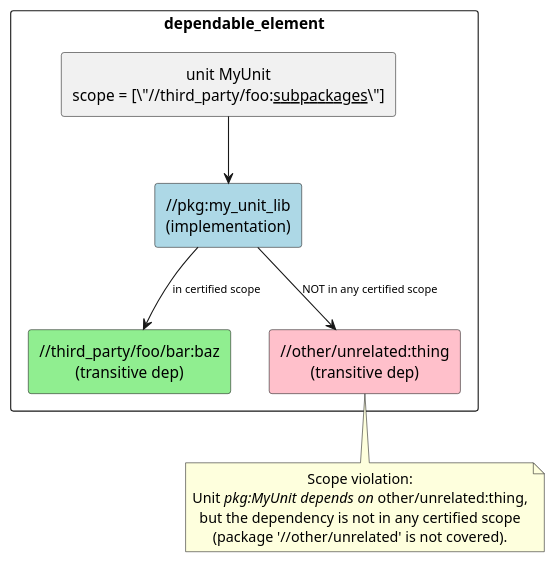
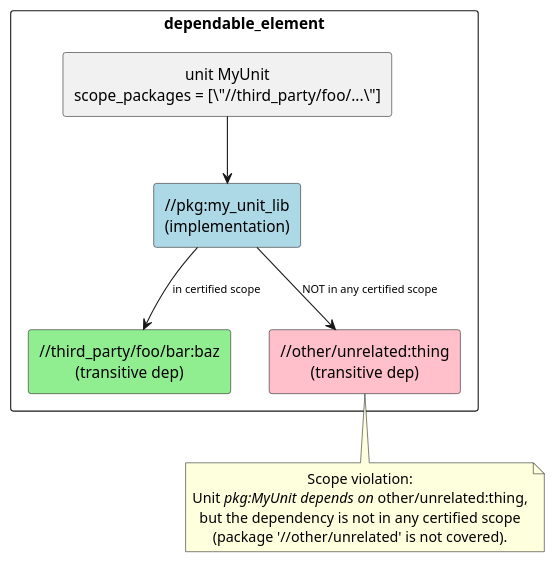
Before and after one commit to eclipse-score/tooling: the diagram in bazel/rules/rules_score/docs/_assets/scope_check.puml, drawn with PlantUML. The commit also changed 17 other files, not shown here.

```diff
--- a/bazel/rules/rules_score/docs/_assets/scope_check.puml
+++ b/bazel/rules/rules_score/docs/_assets/scope_check.puml
@@ -14,27 +14,27 @@
 @startuml scope_check
 
 skinparam defaultTextAlignment center
 skinparam ArrowFontSize 10
 skinparam packageStyle rectangle
 hide stereotype
 
 package "dependable_element" as de {
-    rectangle "unit MyUnit\nscope = [\"//third_party/foo:__subpackages__\"]" as MyUnit
+    rectangle "unit MyUnit\nscope_packages = [\"//third_party/foo/...\"]" as MyUnit
 
     rectangle "//pkg:my_unit_lib\n(implementation)" as impl #LightBlue
     rectangle "//third_party/foo/bar:baz\n(transitive dep)" as instscope #LightGreen
     rectangle "//other/unrelated:thing\n(transitive dep)" as outofscope #Pink
 
     MyUnit -down-> impl
     impl -down-> instscope : in certified scope
     impl -down-> outofscope : NOT in any certified scope
 }
 
 note bottom of outofscope
   Scope violation:
   Unit //pkg:MyUnit depends on //other/unrelated:thing,
   but the dependency is not in any certified scope
   (package '//other/unrelated' is not covered).
 end note
 
 @enduml
```
